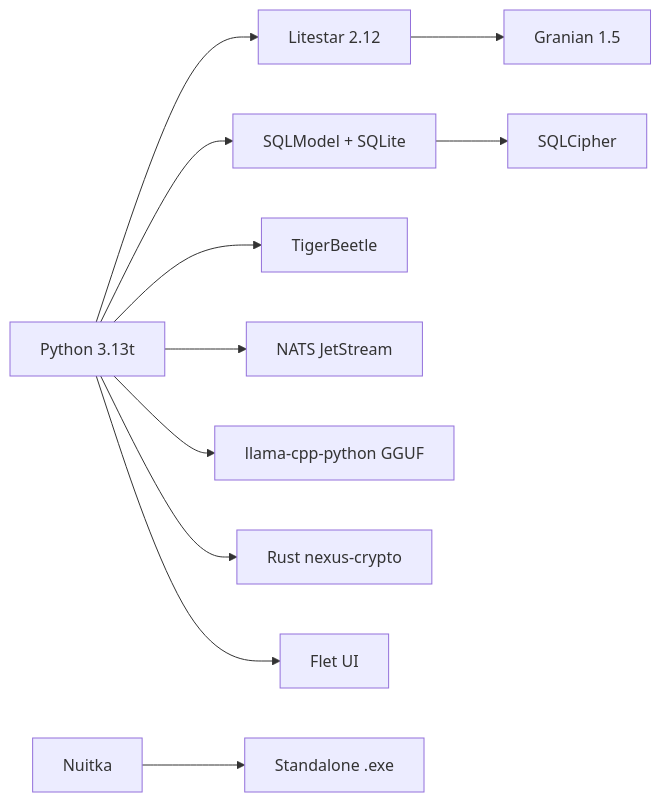
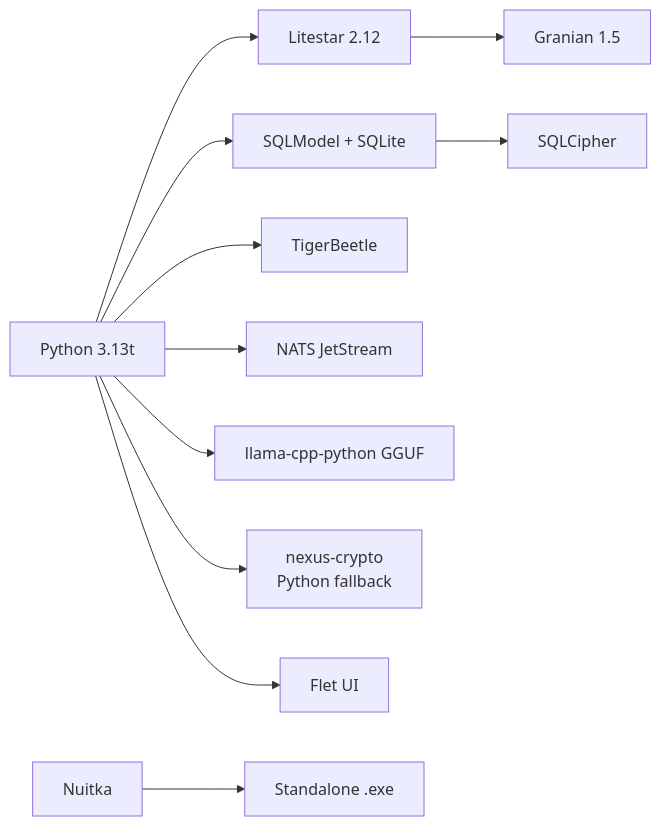
One commit to Gorski-Maciej/NexusAI changed the diagram in README.md. Above: the diagram before and after it, drawn with Mermaid. The commit also changed other lines of this file and 15 other files, not shown here.

````diff
--- a/README.md
+++ b/README.md
@@ -94,13 +94,13 @@
 ```mermaid
 graph LR
     A[Python 3.13t] --> B[Litestar 2.12]
     B --> C[Granian 1.5]
     A --> D[SQLModel + SQLite]
     D --> E[SQLCipher]
     A --> F[TigerBeetle]
     A --> G[NATS JetStream]
     A --> H[llama-cpp-python GGUF]
-    A --> I[Rust nexus-crypto]
+    A --> I[nexus-crypto<br/>Python fallback]
     A --> J[Flet UI]
     K[Nuitka] --> L[Standalone .exe]
 ```
````
